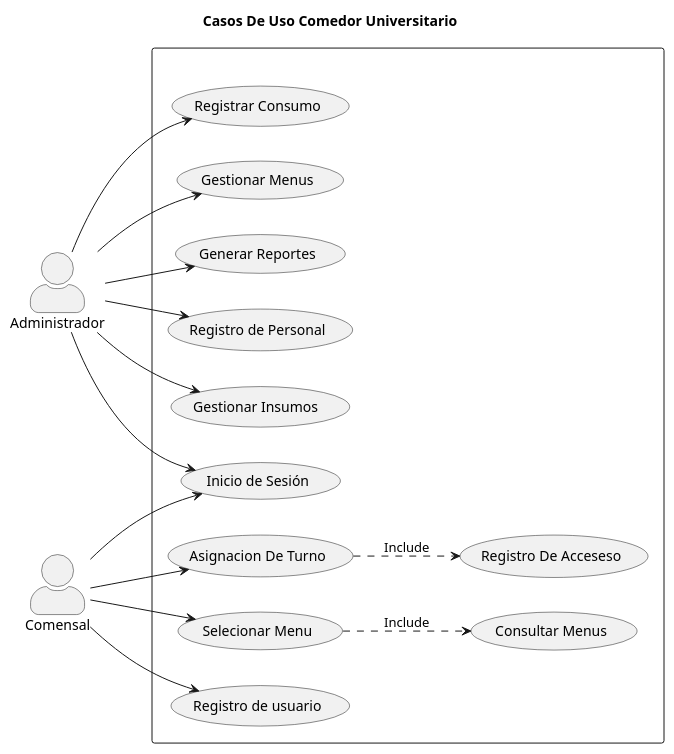
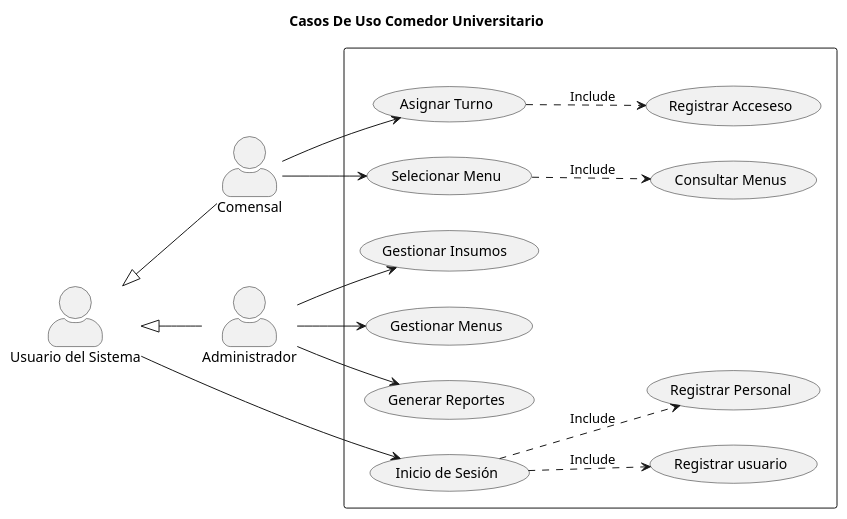
The diagram in docs/Requisitos/DiagramaCasosDeUso.puml (luisangelaraujo/IS-PROJECT), drawn with PlantUML before and after one commit.

Commit message:
Se actualizaron los nombres de los casos de uso en el diagrama de casos de uso y se reorganizó la relación entre actores y casos. Se eliminó el caso de uso "Registrar Consumo" y se ajustaron las conexiones de los actores.

```diff
--- a/docs/Requisitos/DiagramaCasosDeUso.puml
+++ b/docs/Requisitos/DiagramaCasosDeUso.puml
@@ -1,45 +1,49 @@
 @startuml DiagramaDeCasosDeUso
 
 title Casos De Uso Comedor Universitario
 skinparam actorStyle awesome
 left to right direction
 
 actor Comensal
 actor Administrador
+actor :Usuario del Sistema: as user
 
 
 rectangle " "{
 
     usecase (Inicio de Sesión) as inicio
 
-    usecase (Registro de usuario) as registro_usuario
-    usecase (Registro De Acceseso) as registro_acceso
-    usecase (Asignacion De Turno) as asignacion
+    usecase (Registrar usuario) as registro_usuario
+    usecase (Registrar Acceseso) as registro_acceso
+    usecase (Asignar Turno) as asignacion
     usecase (Consultar Menus) as menus_consultar
     usecase (Selecionar Menu) as menus_selecionar
 
    
     usecase (Gestionar Insumos ) as insumos
-    usecase (Registrar Consumo) as consumo
     usecase (Gestionar Menus) as gestion 
     usecase (Generar Reportes) as reporte
-    usecase (Registro de Personal) as registro_personal
+    usecase (Registrar Personal) as registro_personal
 
 }
 
-Comensal --> inicio
-Comensal --> registro_usuario
+user <|-- Comensal
+user <|-- Administrador
+
+user --> inicio
+inicio ..> registro_usuario : Include
+inicio ..> registro_personal : Include
+
+
 Comensal --> asignacion
 Comensal --> menus_selecionar
 
 menus_selecionar ..> menus_consultar : Include
 asignacion ..>  registro_acceso : Include
 
-Administrador -r-> inicio
-Administrador  --> registro_personal
+
 Administrador --> insumos
-Administrador --> consumo
 Administrador --> gestion
 Administrador --> reporte
 
 @enduml
```
